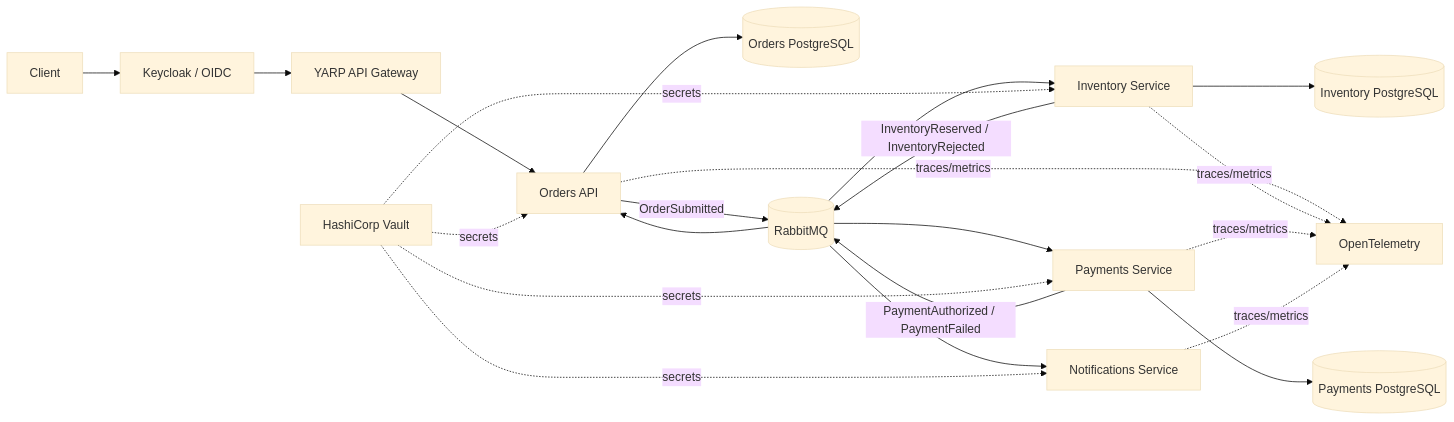
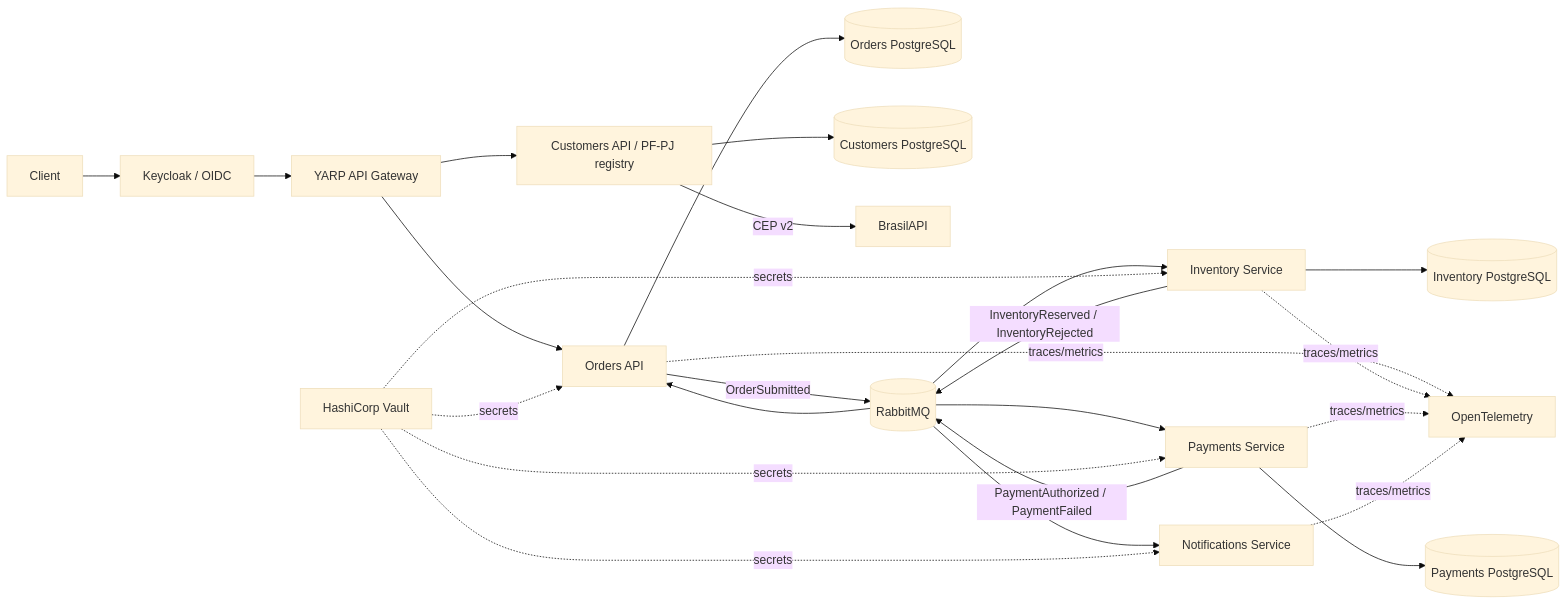
The diagram in README.en.md (WillianZanutoOliveira/api-dotnet), drawn with Mermaid (base theme) before and after one commit. The commit also changed other lines of this file and 63 other files, not shown here.

First line of the commit message:
feat(customers): PF/PJ registry with CEP, security, migrations and bilingual docs

````diff
--- a/README.en.md
+++ b/README.en.md
@@ -78,30 +78,33 @@
 ```mermaid
 flowchart LR
     Client[Client] --> Keycloak[Keycloak / OIDC]
     Keycloak --> Gateway[YARP API Gateway]
     Gateway --> Orders[Orders API]
+    Gateway --> Customers[Customers API / PF-PJ registry]
 
     Orders --> ODB[(Orders PostgreSQL)]
+    Customers --> CDB[(Customers PostgreSQL)]
+    Customers -->|CEP v2| BrasilAPI[BrasilAPI]
     Orders -- OrderSubmitted --> Rabbit[(RabbitMQ)]
 
     Rabbit --> Inventory[Inventory Service]
     Inventory --> IDB[(Inventory PostgreSQL)]
     Inventory -- InventoryReserved / InventoryRejected --> Rabbit
 
     Rabbit --> Payments[Payments Service]
     Payments --> PDB[(Payments PostgreSQL)]
     Payments -- PaymentAuthorized / PaymentFailed --> Rabbit
 
     Rabbit --> Orders
     Rabbit --> Notifications[Notifications Service]
 
     Vault[HashiCorp Vault] -. secrets .-> Orders
     Vault -. secrets .-> Inventory
     Vault -. secrets .-> Payments
     Vault -. secrets .-> Notifications
 
     Orders -. traces/metrics .-> OTel[OpenTelemetry]
     Inventory -. traces/metrics .-> OTel
     Payments -. traces/metrics .-> OTel
     Notifications -. traces/metrics .-> OTel
 ```
````
